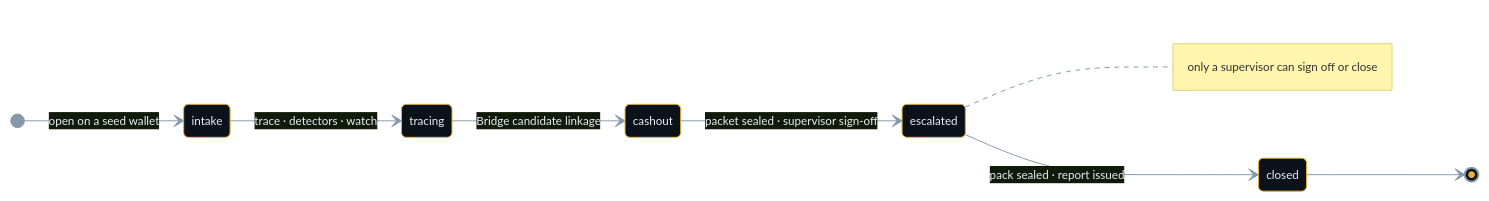
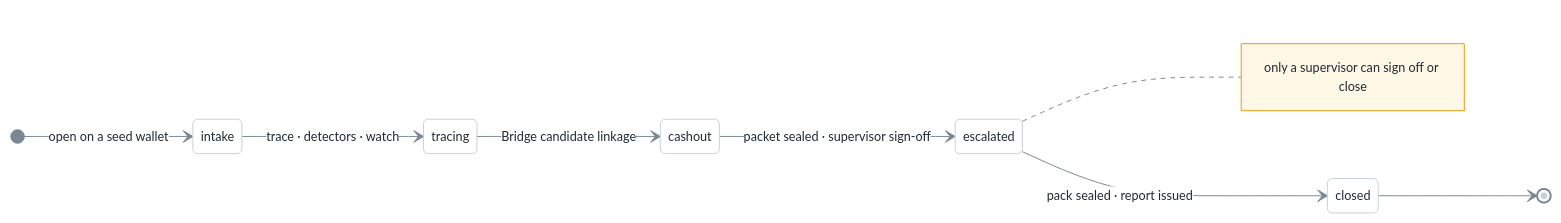
The diagram in docs/ARCHITECTURE.md (uttampreet-dev/OFFRAMP), drawn with Mermaid before and after one commit. The commit also changed other lines of this file and 1 other file, not shown here.

Commit message:
README architecture section with project tree

````diff
--- a/docs/ARCHITECTURE.md
+++ b/docs/ARCHITECTURE.md
@@ -32,12 +32,12 @@
 ```mermaid
-%%{init: {"theme": "base", "themeVariables": {"fontFamily": "ui-monospace, Menlo, Consolas, monospace", "fontSize": "12px", "primaryColor": "#0c121a", "primaryTextColor": "#e9eff5", "primaryBorderColor": "#e8b23a", "lineColor": "#8598aa"}}}%%
+%%{init: {"theme": "base", "themeVariables": {"fontFamily": "ui-monospace, Menlo, Consolas, monospace", "fontSize": "13px", "primaryColor": "#ffffff", "primaryTextColor": "#1f2933", "primaryBorderColor": "#c8d0da", "lineColor": "#7b8794", "secondaryColor": "#ffffff", "tertiaryColor": "#ffffff", "clusterBkg": "#f6f8fa", "clusterBorder": "#d0d7de", "titleColor": "#1f2933", "edgeLabelBackground": "#ffffff", "noteBkgColor": "#fff8e6", "noteBorderColor": "#e8b23a", "noteTextColor": "#1f2933"}}}%%
 stateDiagram-v2
   direction LR
   [*] --> intake: open on a seed wallet
   intake --> tracing: trace · detectors · watch
   tracing --> cashout: Bridge candidate linkage
   cashout --> escalated: packet sealed · supervisor sign-off
   escalated --> closed: pack sealed · report issued
   closed --> [*]
   note right of escalated: only a supervisor can sign off or close
 ```
````
